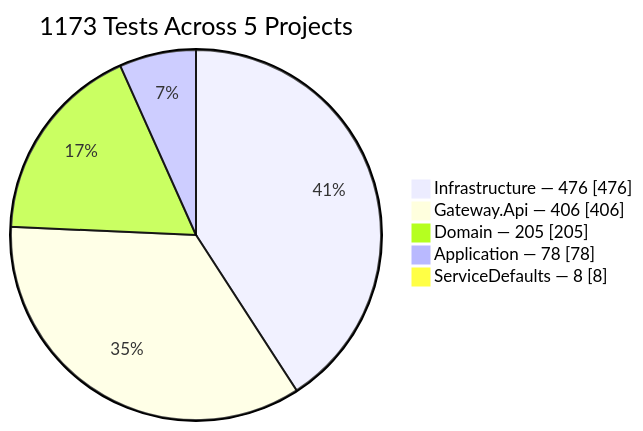
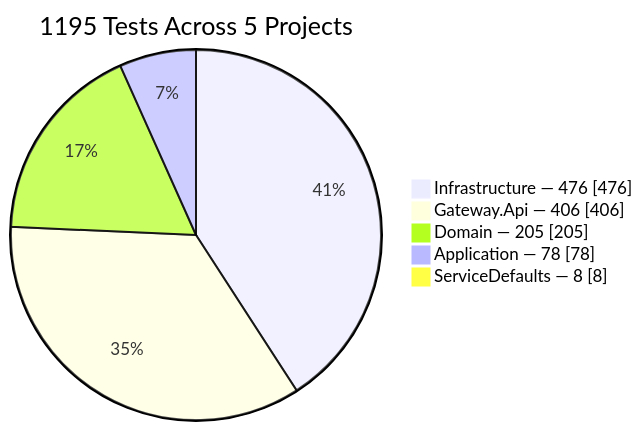
The fifth of 5 diagrams in README.md (hernanda-git/arkana-gateway), drawn with Mermaid before and after one commit. The commit also changed other lines of this file and 15 other files, not shown here.

````diff
--- a/README.md
+++ b/README.md
@@ -989,10 +989,10 @@
 ```mermaid
 %%{init: {"pie": {"textPosition": 0.75}, "themeVariables": {"pieOuterStrokeWidth": "2px"}} }%%
 pie showData
-    title 1173 Tests Across 5 Projects
+    title 1195 Tests Across 5 Projects
     "Infrastructure — 476" : 476
     "Gateway.Api — 406" : 406
     "Domain — 205" : 205
     "Application — 78" : 78
     "ServiceDefaults — 8" : 8
 ```
````
